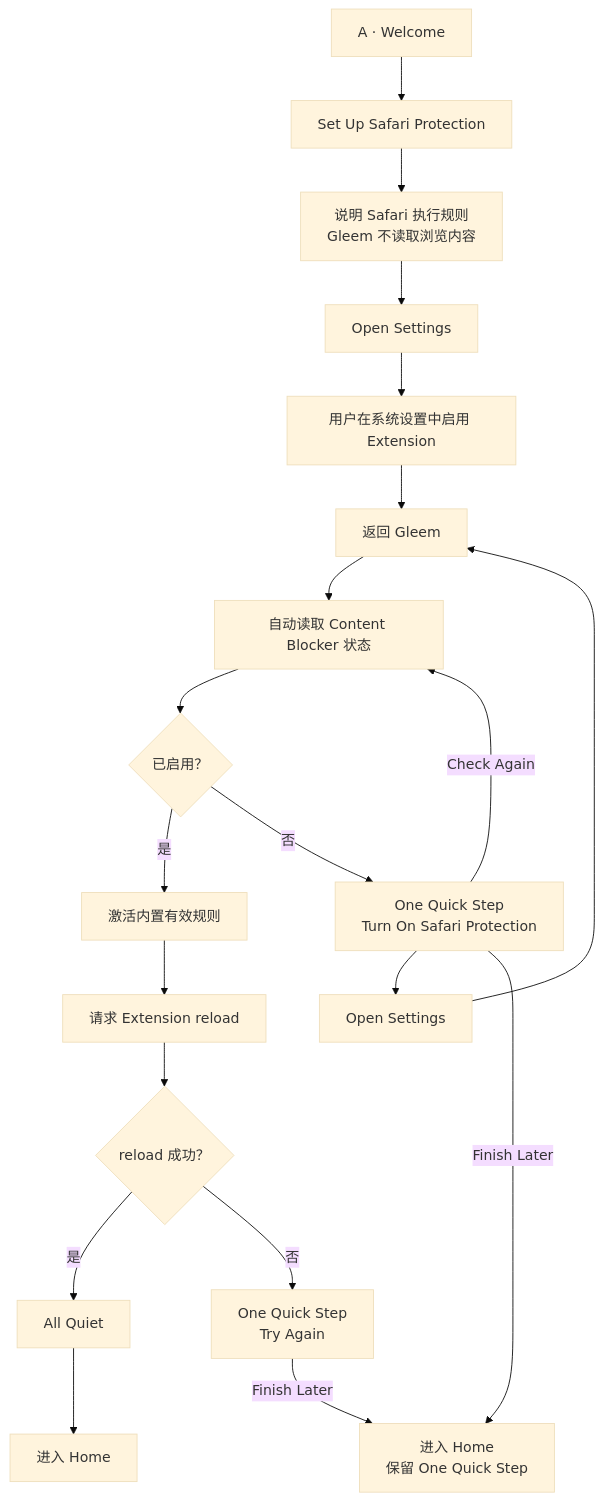
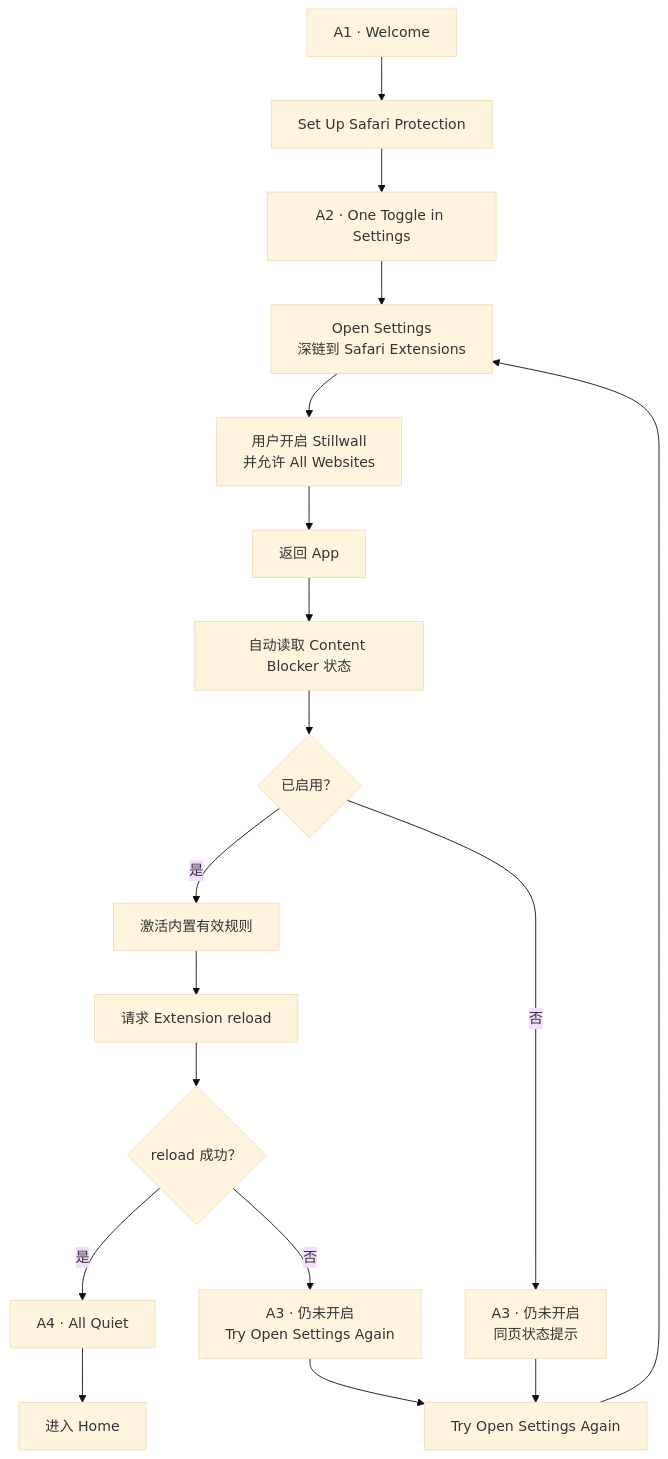
One commit to zyhang/ios-projects changed the second of 14 diagrams in Gleem/docs/design/app-flow.md. Above: the diagram before and after it, drawn with Mermaid (base theme). The commit also changed other lines of this file and 1 other file, not shown here.

First line of the commit message:
docs: 强制 Safari 授权完成后再进入 Home

````diff
--- a/Gleem/docs/design/app-flow.md
+++ b/Gleem/docs/design/app-flow.md
@@ -88,22 +112,20 @@
 ```mermaid
 flowchart TD
-    A["A · Welcome"] --> B["Set Up Safari Protection"]
-    B --> C["说明 Safari 执行规则<br/>Gleem 不读取浏览内容"]
-    C --> D["Open Settings"]
-    D --> E["用户在系统设置中启用 Extension"]
-    E --> F["返回 Gleem"]
+    A["A1 · Welcome"] --> B["Set Up Safari Protection"]
+    B --> C["A2 · One Toggle in Settings"]
+    C --> D["Open Settings<br/>深链到 Safari Extensions"]
+    D --> E["用户开启 Stillwall<br/>并允许 All Websites"]
+    E --> F["返回 App"]
     F --> G["自动读取 Content Blocker 状态"]
     G --> H{"已启用？"}
     H -->|"是"| I["激活内置有效规则"]
     I --> J["请求 Extension reload"]
     J --> K{"reload 成功？"}
-    K -->|"是"| L["All Quiet"]
-    K -->|"否"| M["One Quick Step<br/>Try Again"]
-    H -->|"否"| N["One Quick Step<br/>Turn On Safari Protection"]
-    N --> O["Open Settings"]
-    O --> F
-    N -->|"Check Again"| G
-    N -->|"Finish Later"| P["进入 Home<br/>保留 One Quick Step"]
-    M -->|"Finish Later"| P
-    L --> Q["进入 Home"]
+    K -->|"是"| L["A4 · All Quiet"]
+    K -->|"否"| M["A3 · 仍未开启<br/>Try Open Settings Again"]
+    H -->|"否"| N["A3 · 仍未开启<br/>同页状态提示"]
+    N --> O["Try Open Settings Again"]
+    O --> D
+    M --> O
+    L --> P["进入 Home"]
 ```
````
